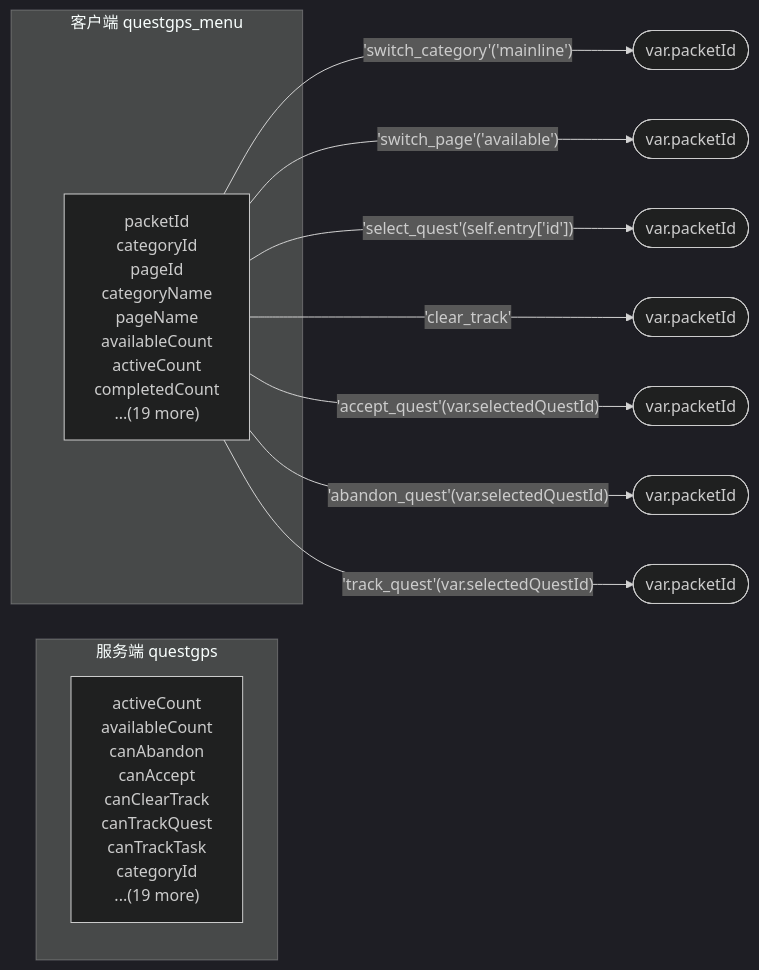
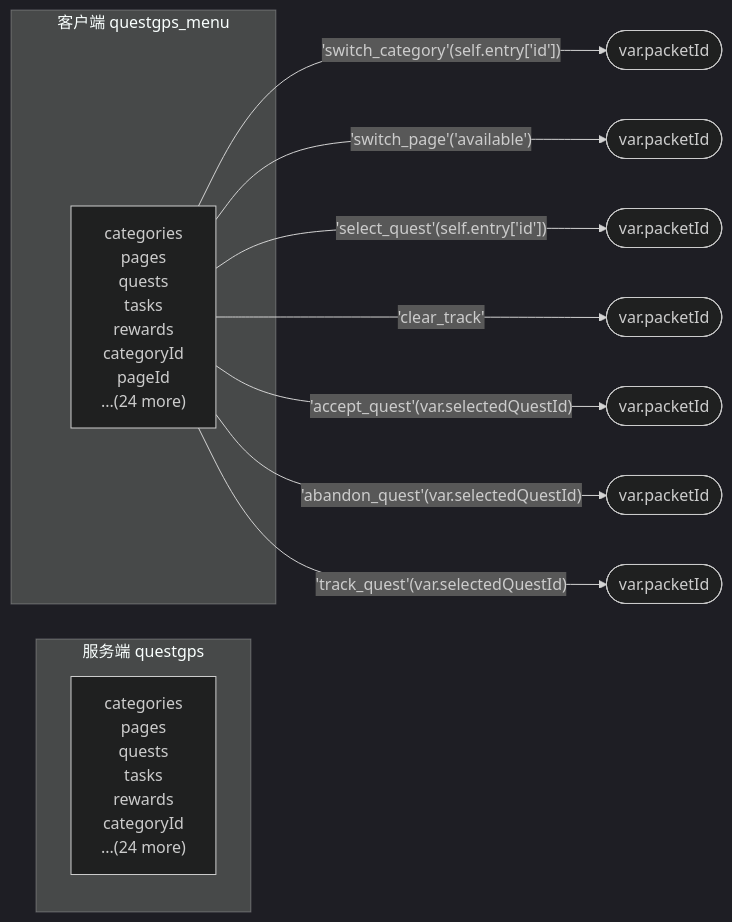
Diagram 45 of 54 in docs/ui-packet-data.md (ArcartX-Suite/ArcartXSuite-Wiki), drawn with Mermaid (dark theme) before and after one commit. The commit also changed other lines of this file and 8 other files, not shown here.

````diff
--- a/docs/ui-packet-data.md
+++ b/docs/ui-packet-data.md
@@ -2665,16 +2665,16 @@
 ```mermaid
 flowchart LR
     subgraph SRV_questgps_questgps_menu["服务端 questgps"]
-        SRVF_questgps_questgps_menu["activeCount<br/>availableCount<br/>canAbandon<br/>canAccept<br/>canClearTrack<br/>canTrackQuest<br/>canTrackTask<br/>categoryId<br/>...(19 more)"]
+        SRVF_questgps_questgps_menu["categories<br/>pages<br/>quests<br/>tasks<br/>rewards<br/>categoryId<br/>...(24 more)"]
     end
     subgraph CLI_questgps_questgps_menu["客户端 questgps_menu"]
-        CLIV_questgps_questgps_menu["packetId<br/>categoryId<br/>pageId<br/>categoryName<br/>pageName<br/>availableCount<br/>activeCount<br/>completedCount<br/>...(19 more)"]
+        CLIV_questgps_questgps_menu["categories<br/>pages<br/>quests<br/>tasks<br/>rewards<br/>categoryId<br/>pageId<br/>...(24 more)"]
     end
-    CLIV_questgps_questgps_menu -->|"'switch_category'('mainline')"| SND_questgps_questgps_menu_0(["var.packetId"])
+    CLIV_questgps_questgps_menu -->|"'switch_category'(self.entry['id'])"| SND_questgps_questgps_menu_0(["var.packetId"])
     CLIV_questgps_questgps_menu -->|"'switch_page'('available')"| SND_questgps_questgps_menu_3(["var.packetId"])
     CLIV_questgps_questgps_menu -->|"'select_quest'(self.entry['id'])"| SND_questgps_questgps_menu_6(["var.packetId"])
     CLIV_questgps_questgps_menu -->|"'clear_track'"| SND_questgps_questgps_menu_7(["var.packetId"])
     CLIV_questgps_questgps_menu -->|"'accept_quest'(var.selectedQuestId)"| SND_questgps_questgps_menu_8(["var.packetId"])
     CLIV_questgps_questgps_menu -->|"'abandon_quest'(var.selectedQuestId)"| SND_questgps_questgps_menu_9(["var.packetId"])
     CLIV_questgps_questgps_menu -->|"'track_quest'(var.selectedQuestId)"| SND_questgps_questgps_menu_10(["var.packetId"])
 ```
````
